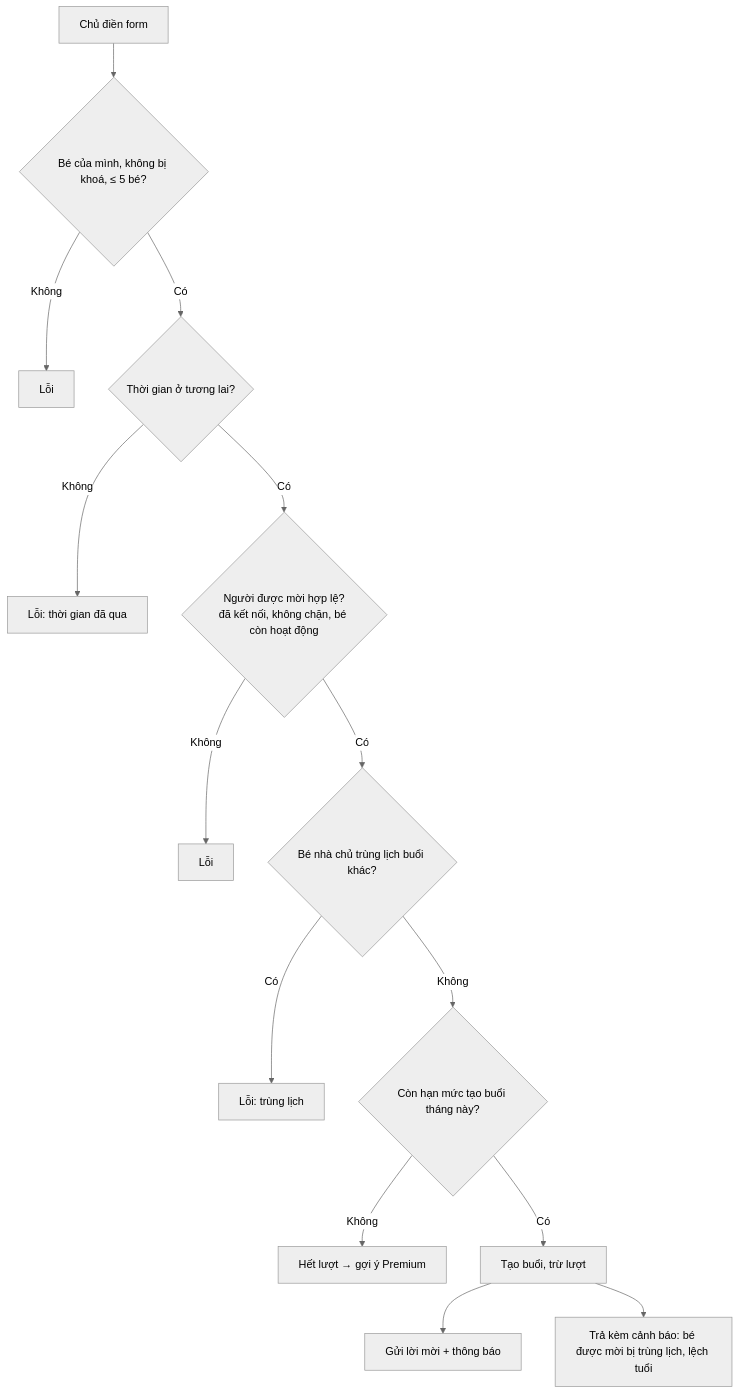
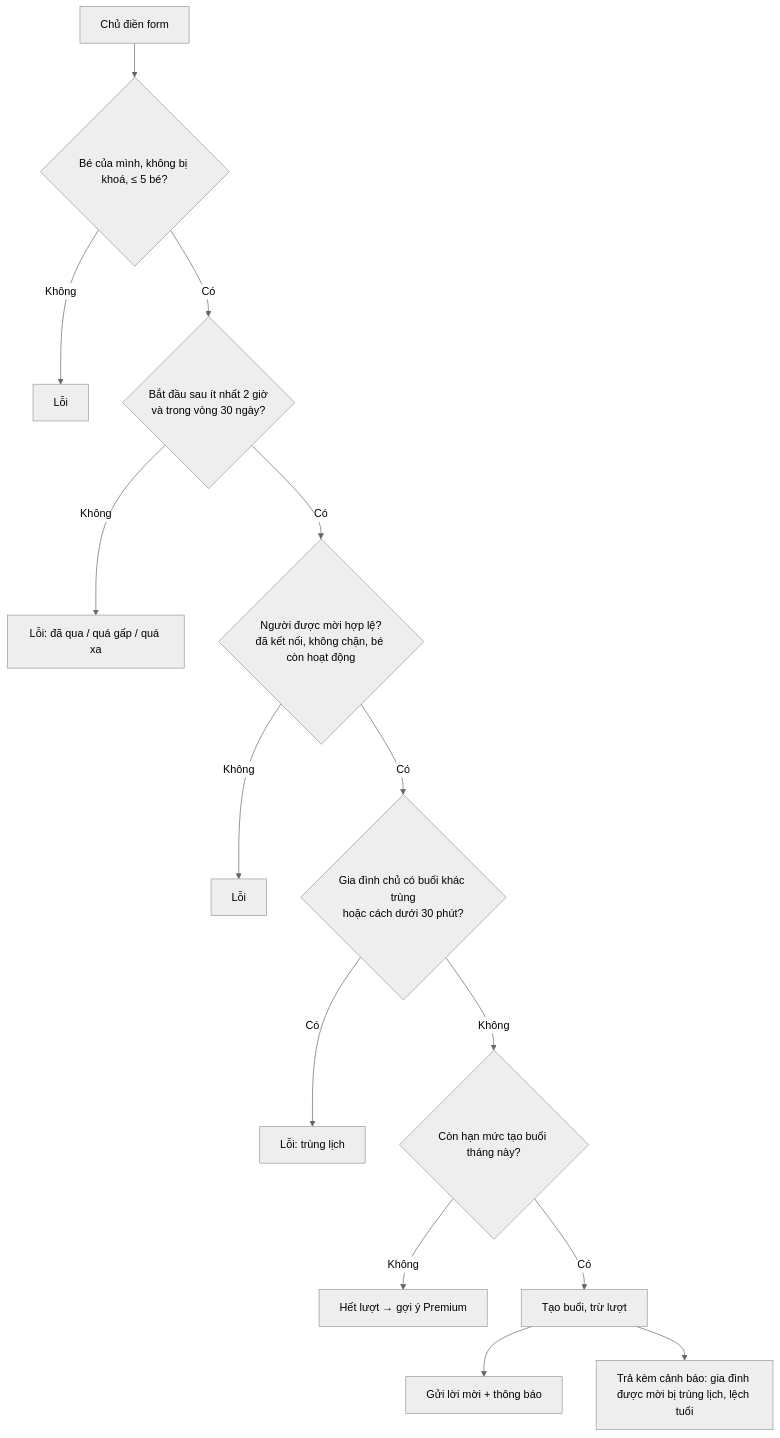
The second of 4 diagrams in final-docs/07-buoi-choi-playdate.md (BuddyLink-Team/Front-End), drawn with Mermaid (neutral theme) before and after one commit. The commit also changed other lines of this file and 23 other files, not shown here.

````diff
--- a/final-docs/07-buoi-choi-playdate.md
+++ b/final-docs/07-buoi-choi-playdate.md
@@ -57,16 +57,16 @@
 ```mermaid
 flowchart TD
     A[Chủ điền form] --> B{Bé của mình, không bị khoá, ≤ 5 bé?}
     B -- Không --> X1[Lỗi]
-    B -- Có --> C{Thời gian ở tương lai?}
-    C -- Không --> X2[Lỗi: thời gian đã qua]
+    B -- Có --> C{Bắt đầu sau ít nhất 2 giờ<br/>và trong vòng 30 ngày?}
+    C -- Không --> X2[Lỗi: đã qua / quá gấp / quá xa]
     C -- Có --> D{Người được mời hợp lệ?<br/>đã kết nối, không chặn, bé còn hoạt động}
     D -- Không --> X3[Lỗi]
-    D -- Có --> E{Bé nhà chủ trùng lịch buổi khác?}
+    D -- Có --> E{Gia đình chủ có buổi khác trùng<br/>hoặc cách dưới 30 phút?}
     E -- Có --> X4[Lỗi: trùng lịch]
     E -- Không --> F{Còn hạn mức tạo buổi tháng này?}
     F -- Không --> X5[Hết lượt → gợi ý Premium]
     F -- Có --> G[Tạo buổi, trừ lượt]
     G --> H[Gửi lời mời + thông báo]
-    G --> W[Trả kèm cảnh báo: bé được mời bị trùng lịch, lệch tuổi]
+    G --> W[Trả kèm cảnh báo: gia đình được mời bị trùng lịch, lệch tuổi]
 ```
````
